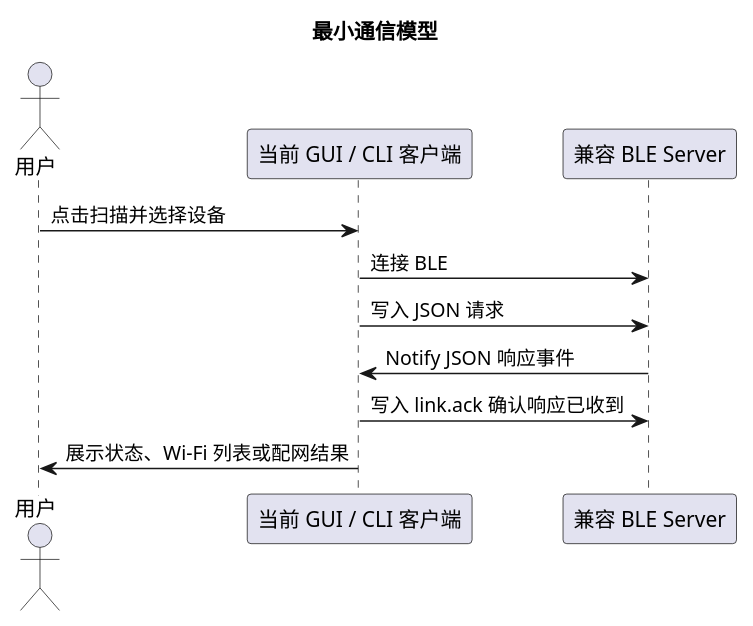
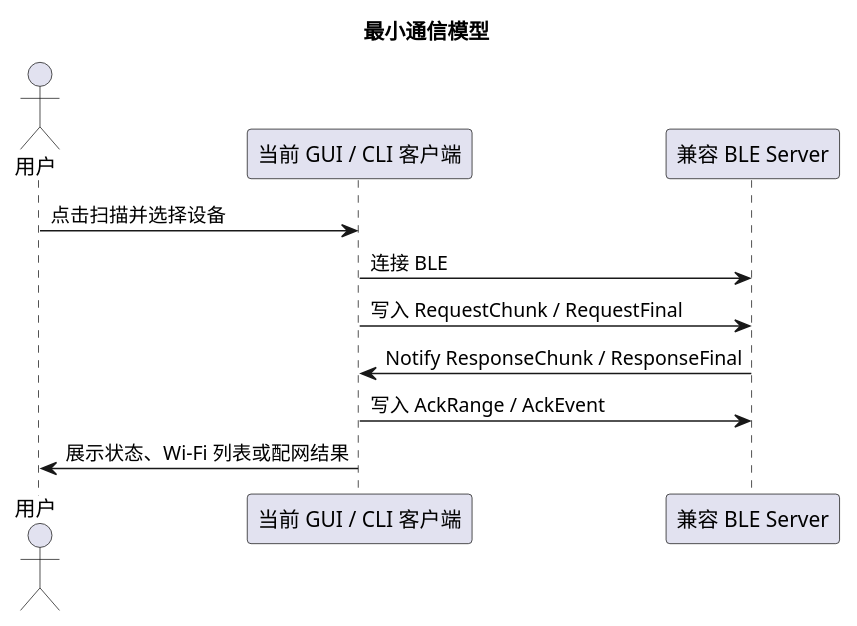
One commit to GrooveWJH/ble-command-gateway changed the first of 7 diagrams in docs/[v26.2.0]COMPATIBLE_BLE_SERVER_IMPLEMENTATION_ZH.md. Above: the diagram before and after it, drawn with PlantUML. The commit also changed other lines of this file and 29 other files, not shown here.

````diff
--- a/docs/[v26.2.0]COMPATIBLE_BLE_SERVER_IMPLEMENTATION_ZH.md
+++ b/docs/[v26.2.0]COMPATIBLE_BLE_SERVER_IMPLEMENTATION_ZH.md
@@ -20,17 +21,17 @@
 ```plantuml
 @startuml
 title 最小通信模型
 
 actor User as "用户"
 participant Client as "当前 GUI / CLI 客户端"
 participant Server as "兼容 BLE Server"
 
 User -> Client: 点击扫描并选择设备
 Client -> Server: 连接 BLE
-Client -> Server: 写入 JSON 请求
-Server -> Client: Notify JSON 响应事件
-Client -> Server: 写入 link.ack 确认响应已收到
+Client -> Server: 写入 RequestChunk / RequestFinal
+Server -> Client: Notify ResponseChunk / ResponseFinal
+Client -> Server: 写入 AckRange / AckEvent
 Client -> User: 展示状态、Wi-Fi 列表或配网结果
 
 @enduml
 ```
````
